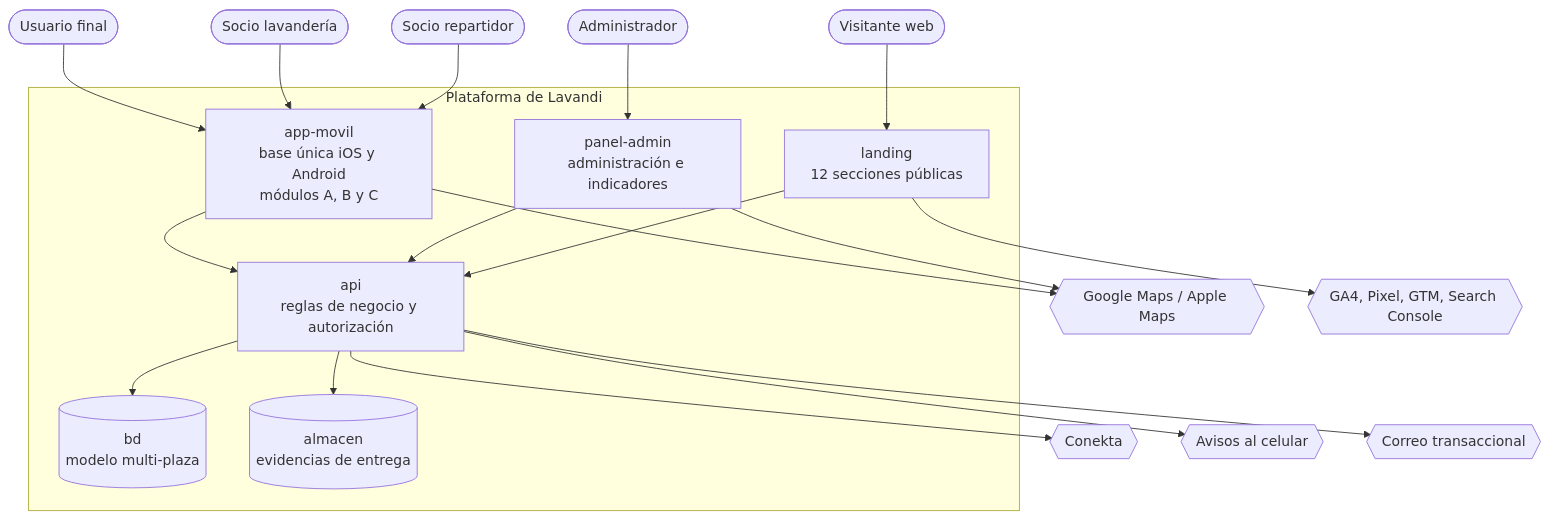
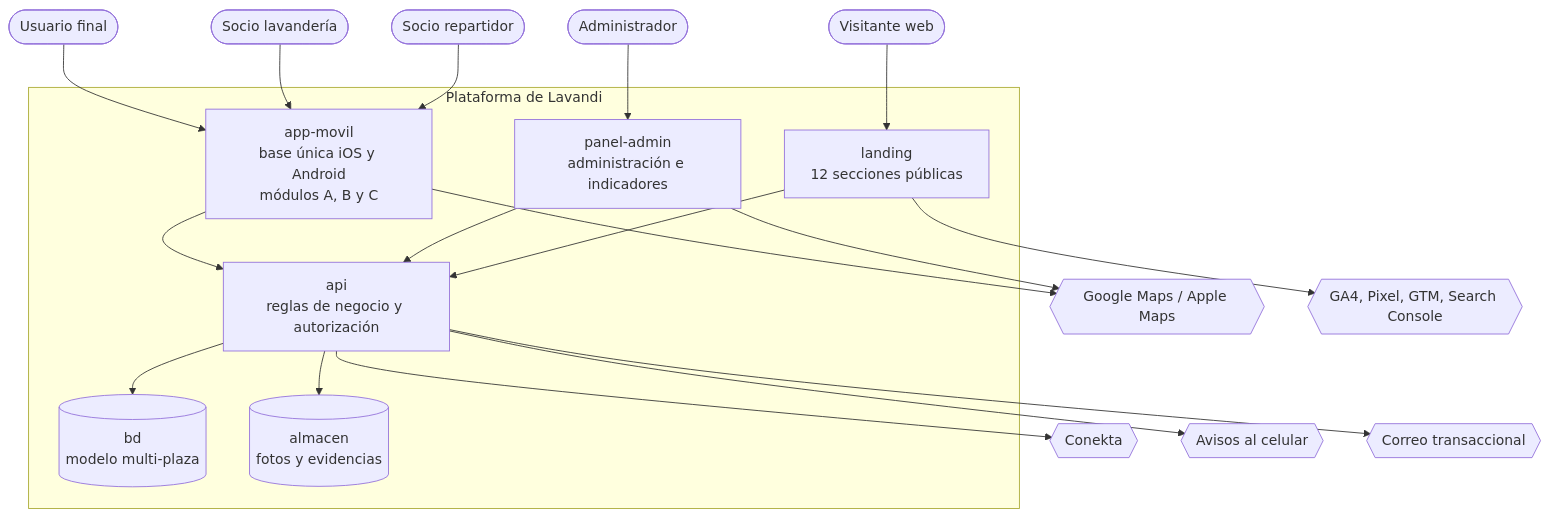
The diagram in vault/arquitectura/c2-contenedores.md (AsberNaranjo/Lavandi), drawn with Mermaid before and after one commit. The commit also changed other lines of this file and 11 other files, not shown here.

````diff
--- a/vault/arquitectura/c2-contenedores.md
+++ b/vault/arquitectura/c2-contenedores.md
@@ -18,43 +18,43 @@
 ```mermaid
 flowchart TB
     usuario(["Usuario final"])
     socioLav(["Socio lavandería"])
     socioRep(["Socio repartidor"])
     admin(["Administrador"])
     visitante(["Visitante web"])
 
     subgraph plataforma["Plataforma de Lavandi"]
         appMovil["app-movil<br/>base única iOS y Android<br/>módulos A, B y C"]
         panelAdmin["panel-admin<br/>administración e indicadores"]
         landing["landing<br/>12 secciones públicas"]
         api["api<br/>reglas de negocio y autorización"]
         bd[("bd<br/>modelo multi-plaza")]
-        almacen[("almacen<br/>evidencias de entrega")]
+        almacen[("almacen<br/>fotos y evidencias")]
     end
 
     conekta{{"Conekta"}}
     mapas{{"Google Maps / Apple Maps"}}
     push{{"Avisos al celular"}}
     correo{{"Correo transaccional"}}
     medicion{{"GA4, Pixel, GTM, Search Console"}}
 
     usuario --> appMovil
     socioLav --> appMovil
     socioRep --> appMovil
     admin --> panelAdmin
     visitante --> landing
 
     appMovil --> api
     panelAdmin --> api
     landing --> api
 
     api --> bd
     api --> almacen
     api --> conekta
     api --> push
     api --> correo
 
     appMovil --> mapas
     panelAdmin --> mapas
     landing --> medicion
 ```
````
